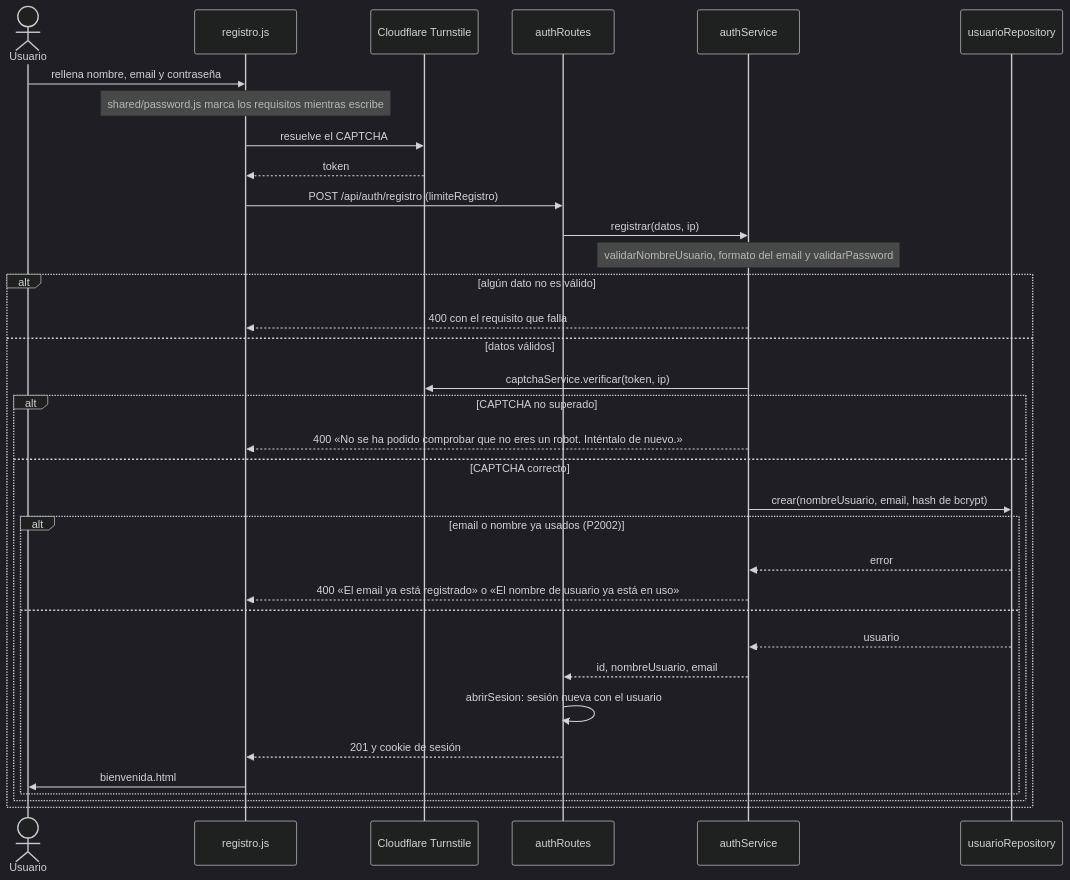
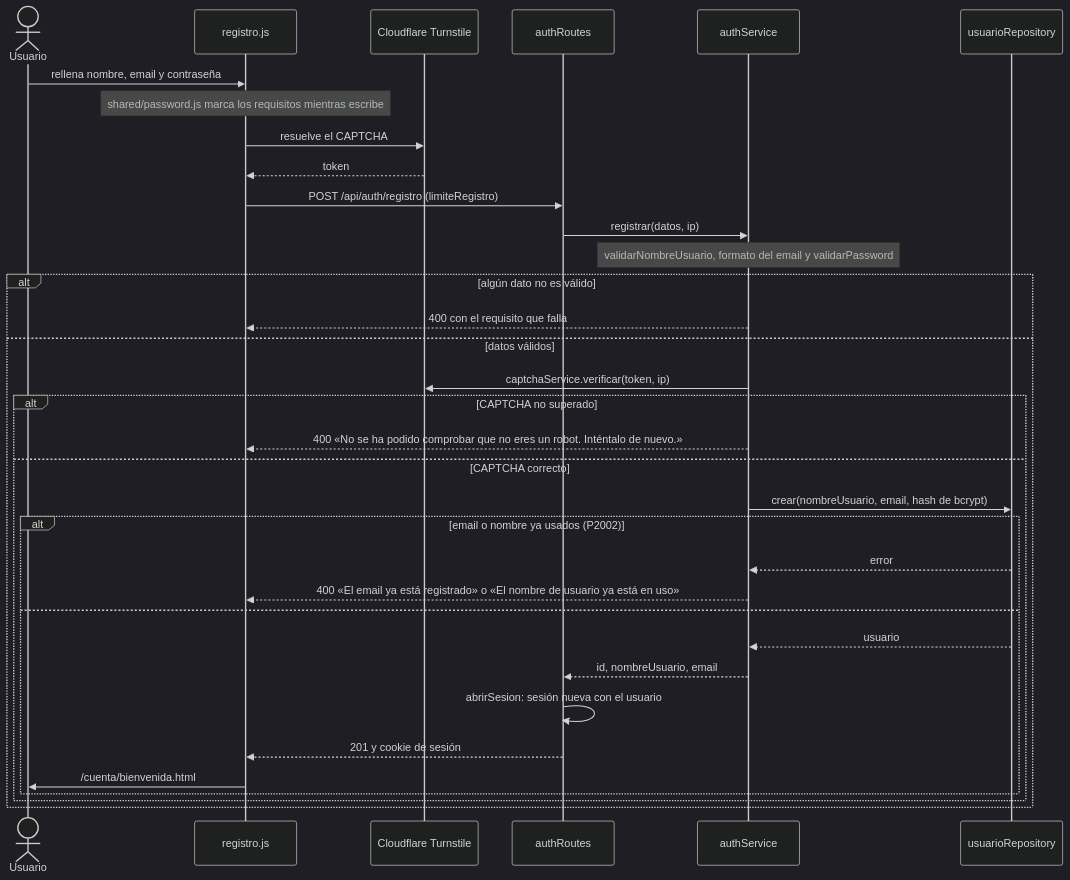
The first of 16 diagrams in documentacion/flujos.md (Matthew-PV/ISW-Practica), drawn with Mermaid (dark theme) before and after one commit. The commit also changed other lines of this file and 58 other files, not shown here.

First line of the commit message:
Frontend: páginas HTML en carpetas por grupo (acceso, social, cuenta, experiencias)

````diff
--- a/documentacion/flujos.md
+++ b/documentacion/flujos.md
@@ -26,36 +26,36 @@
 ```mermaid
 sequenceDiagram
   actor U as Usuario
   participant P as registro.js
   participant CF as Cloudflare Turnstile
   participant R as authRoutes
   participant S as authService
   participant DB as usuarioRepository
   U->>P: rellena nombre, email y contraseña
   Note over P: shared/password.js marca los requisitos mientras escribe
   P->>CF: resuelve el CAPTCHA
   CF-->>P: token
   P->>R: POST /api/auth/registro (limiteRegistro)
   R->>S: registrar(datos, ip)
   Note over S: validarNombreUsuario, formato del email y validarPassword
   alt algún dato no es válido
     S-->>P: 400 con el requisito que falla
   else datos válidos
     S->>CF: captchaService.verificar(token, ip)
     alt CAPTCHA no superado
       S-->>P: 400 «No se ha podido comprobar que no eres un robot. Inténtalo de nuevo.»
     else CAPTCHA correcto
       S->>DB: crear(nombreUsuario, email, hash de bcrypt)
       alt email o nombre ya usados (P2002)
         DB-->>S: error
         S-->>P: 400 «El email ya está registrado» o «El nombre de usuario ya está en uso»
       else
         DB-->>S: usuario
         S-->>R: id, nombreUsuario, email
         R->>R: abrirSesion: sesión nueva con el usuario
         R-->>P: 201 y cookie de sesión
-        P->>U: bienvenida.html
+        P->>U: /cuenta/bienvenida.html
       end
     end
   end
 ```
````
